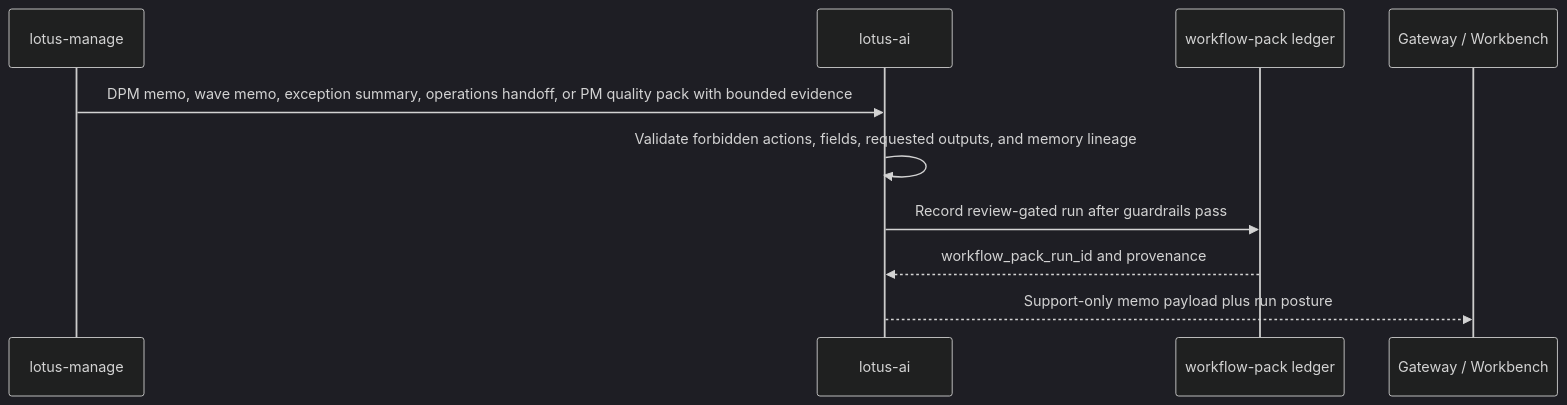
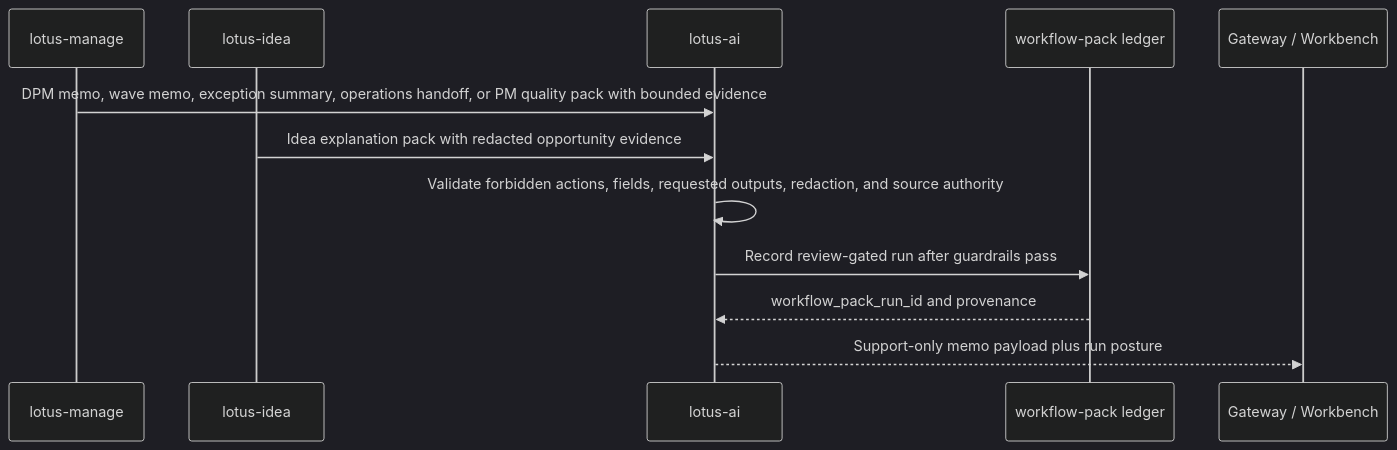
The diagram in wiki/Integrations.md (sgajbi/lotus-ai), drawn with Mermaid (dark theme) before and after one commit. The commit also changed other lines of this file and 22 other files, not shown here.

Commit message:
feat: register lotus idea explanation workflow pack

````diff
--- a/wiki/Integrations.md
+++ b/wiki/Integrations.md
@@ -259,12 +274,14 @@
 ```mermaid
 sequenceDiagram
     participant Manage as lotus-manage
+    participant Idea as lotus-idea
     participant AI as lotus-ai
     participant Ledger as workflow-pack ledger
     participant UI as Gateway / Workbench
     Manage->>AI: DPM memo, wave memo, exception summary, operations handoff, or PM quality pack with bounded evidence
-    AI->>AI: Validate forbidden actions, fields, requested outputs, and memory lineage
+    Idea->>AI: Idea explanation pack with redacted opportunity evidence
+    AI->>AI: Validate forbidden actions, fields, requested outputs, redaction, and source authority
     AI->>Ledger: Record review-gated run after guardrails pass
     Ledger-->>AI: workflow_pack_run_id and provenance
     AI-->>UI: Support-only memo payload plus run posture
 ```
````
